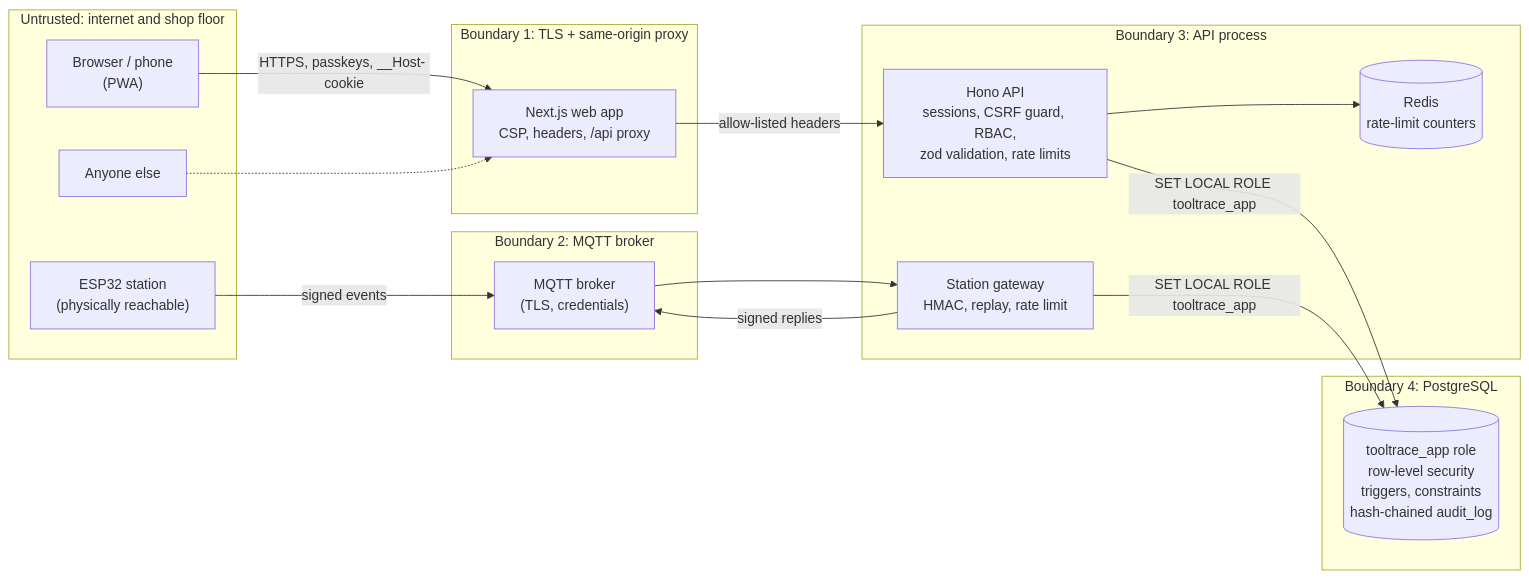
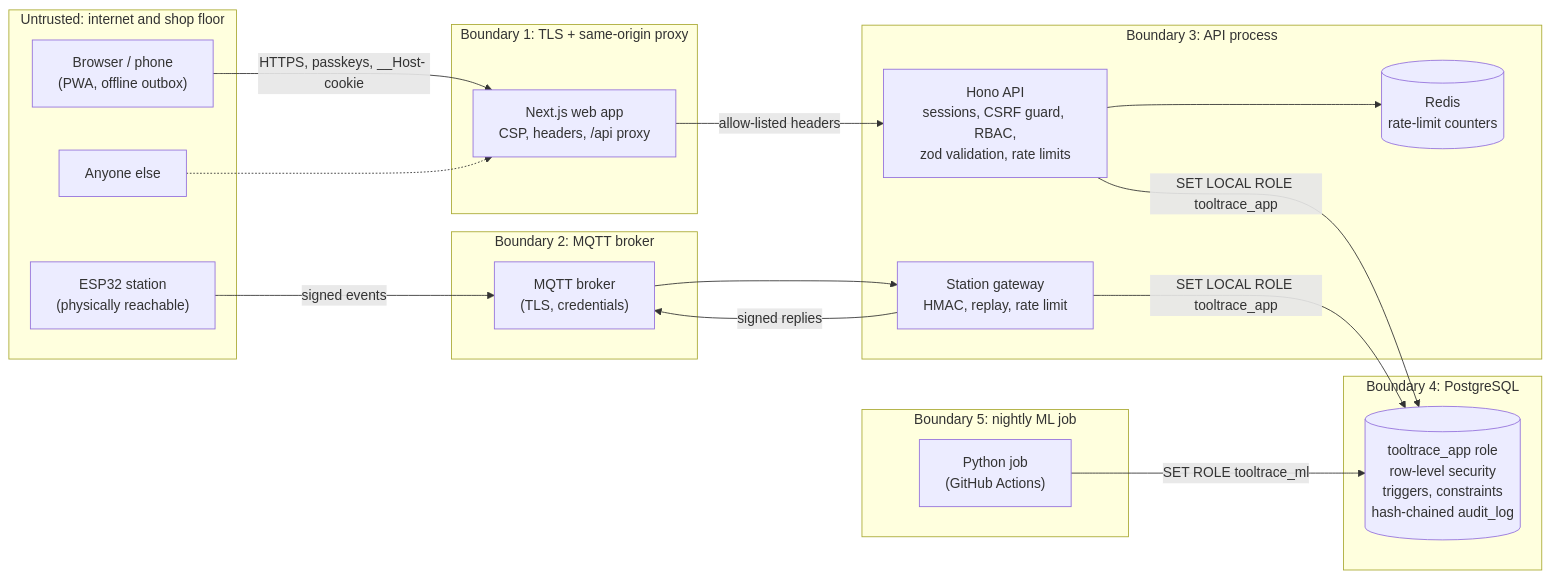
One commit to vijayantrao/Tool-Trace changed the diagram in docs/THREAT_MODEL.md. Above: the diagram before and after it, drawn with Mermaid. The commit also changed other lines of this file and 75 other files, not shown here.

````diff
--- a/docs/THREAT_MODEL.md
+++ b/docs/THREAT_MODEL.md
@@ -20,31 +22,35 @@
 ```mermaid
 flowchart LR
     subgraph Untrusted["Untrusted: internet and shop floor"]
-        B["Browser / phone<br/>(PWA)"]
+        B["Browser / phone<br/>(PWA, offline outbox)"]
         S["ESP32 station<br/>(physically reachable)"]
         X["Anyone else"]
     end
     subgraph Edge["Boundary 1: TLS + same-origin proxy"]
         W["Next.js web app<br/>CSP, headers, /api proxy"]
     end
     subgraph Broker["Boundary 2: MQTT broker"]
         M["MQTT broker<br/>(TLS, credentials)"]
     end
     subgraph Core["Boundary 3: API process"]
         A["Hono API<br/>sessions, CSRF guard, RBAC,<br/>zod validation, rate limits"]
         G["Station gateway<br/>HMAC, replay, rate limit"]
         R[("Redis<br/>rate-limit counters")]
     end
     subgraph Data["Boundary 4: PostgreSQL"]
         D[("tooltrace_app role<br/>row-level security<br/>triggers, constraints<br/>hash-chained audit_log")]
     end
+    subgraph Batch["Boundary 5: nightly ML job"]
+        J["Python job<br/>(GitHub Actions)"]
+    end
     B -- "HTTPS, passkeys, __Host- cookie" --> W
     X -.-> W
     W -- "allow-listed headers" --> A
     S -- "signed events" --> M
     M --> G
     G -- "signed replies" --> M
     A --> R
     A -- "SET LOCAL ROLE tooltrace_app" --> D
     G -- "SET LOCAL ROLE tooltrace_app" --> D
+    J -- "SET ROLE tooltrace_ml" --> D
 ```
````
